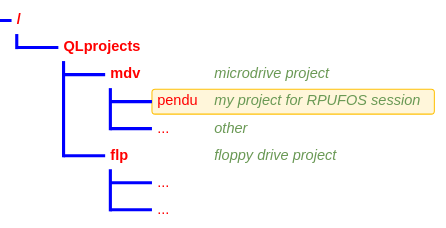
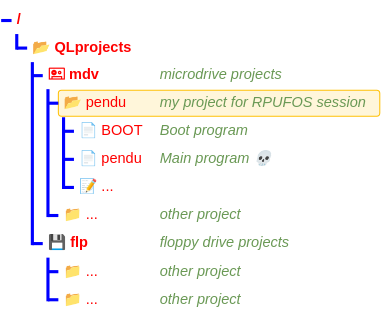
One commit to VFD/SinclairQL changed the diagram in library/programs/ReadMe.md. Above: the diagram before and after it, drawn with Mermaid.

Commit message:
Refine ReadMe.md with updated tree view and icons
Updated the tree view configuration and improved the project structure representation with icons.

````diff
--- a/library/programs/ReadMe.md
+++ b/library/programs/ReadMe.md
@@ -29,22 +29,24 @@
 ```mermaid
 ---
 config:
     treeView:
-        rowIndent: 40
         lineThickness: 3
     themeVariables:
         treeView:
             labelFontSize: '14px'
             labelColor: '#FF0000'
             lineColor: '#0000FF'
 ---
 
 treeView-beta
-    QLprojects/
-        mdv/ ## microdrive project
-            pendu :::highlight ## my project for RPUFOS session
-            ... ## other
-        flp/ ## floppy drive project
-            ...
-            ...
+    📂 QLprojects/
+        🖭 mdv/                    ## microdrive projects
+            📂 pendu :::highlight   ## my project for RPUFOS session
+                📄 BOOT             ## Boot program
+                📄 pendu            ## Main program 💀
+                📝 ...
+            📁 ...                  ## other project
+        💾 flp/                   ## floppy drive projects
+            📁 ...                  ## other project
+            📁 ...                  ## other project
 ```
````
